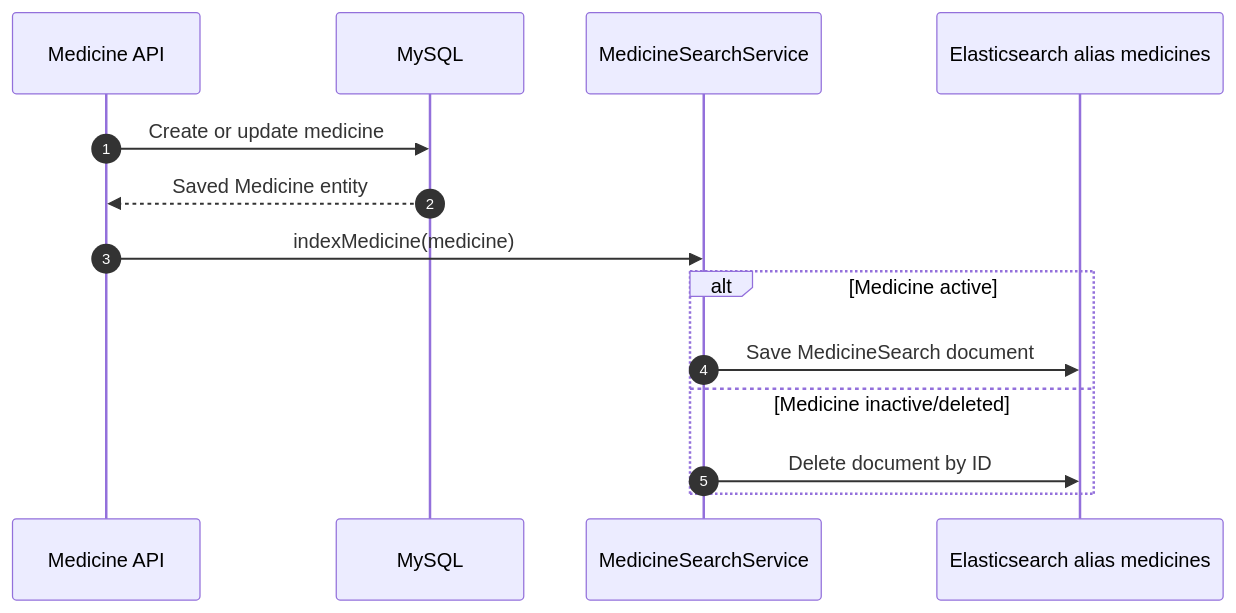
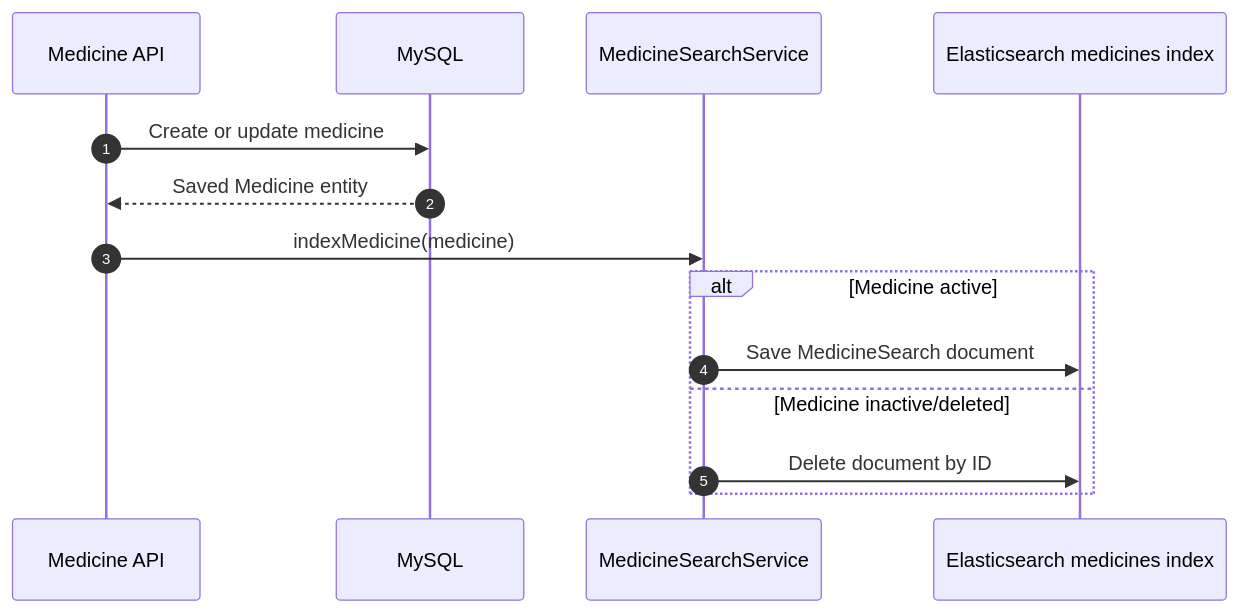
One commit to viharchudasama-artemhealthtech/HMS-Elastic changed the fifth of 6 diagrams in README.md. Above: the diagram before and after it, drawn with Mermaid. The commit also changed other lines of this file, not shown here.

````diff
--- a/README.md
+++ b/README.md
@@ -386,17 +342,17 @@
 ```mermaid
 sequenceDiagram
     autonumber
     participant API as Medicine API
     participant DB as MySQL
     participant Search as MedicineSearchService
-    participant ES as Elasticsearch alias medicines
+    participant ES as Elasticsearch medicines index
 
     API->>DB: Create or update medicine
     DB-->>API: Saved Medicine entity
     API->>Search: indexMedicine(medicine)
     alt Medicine active
         Search->>ES: Save MedicineSearch document
     else Medicine inactive/deleted
         Search->>ES: Delete document by ID
     end
 ```
````
